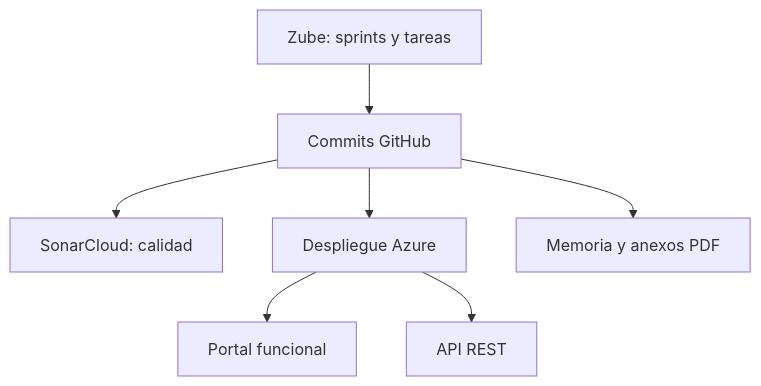
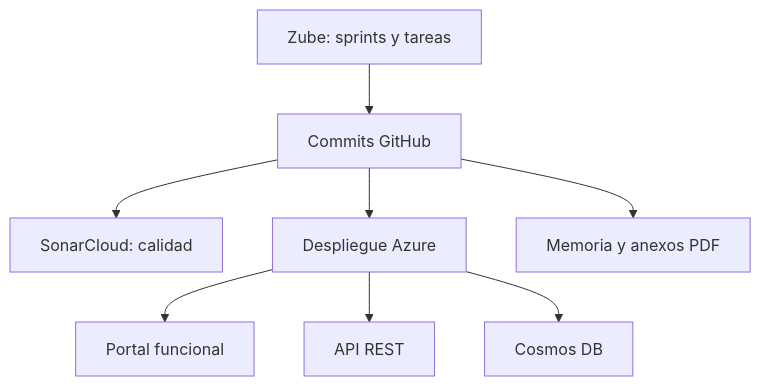
Before and after one commit to karimadrico/tfg-azure-servicio-empresarial-seguro: the fifth of 5 diagrams in docs/diagramas/diagramas.md, drawn with Mermaid. The commit also changed other lines of this file and 15 other files, not shown here.

````diff
--- a/docs/diagramas/diagramas.md
+++ b/docs/diagramas/diagramas.md
@@ -90,9 +93,10 @@
 ```mermaid
 flowchart TB
     zube[Zube: sprints y tareas] --> repo[Commits GitHub]
     repo --> sonar[SonarCloud: calidad]
     repo --> azure[Despliegue Azure]
     azure --> portal[Portal funcional]
     azure --> api[API REST]
+    azure --> cosmos[Cosmos DB]
     repo --> memoria[Memoria y anexos PDF]
 ```
````
